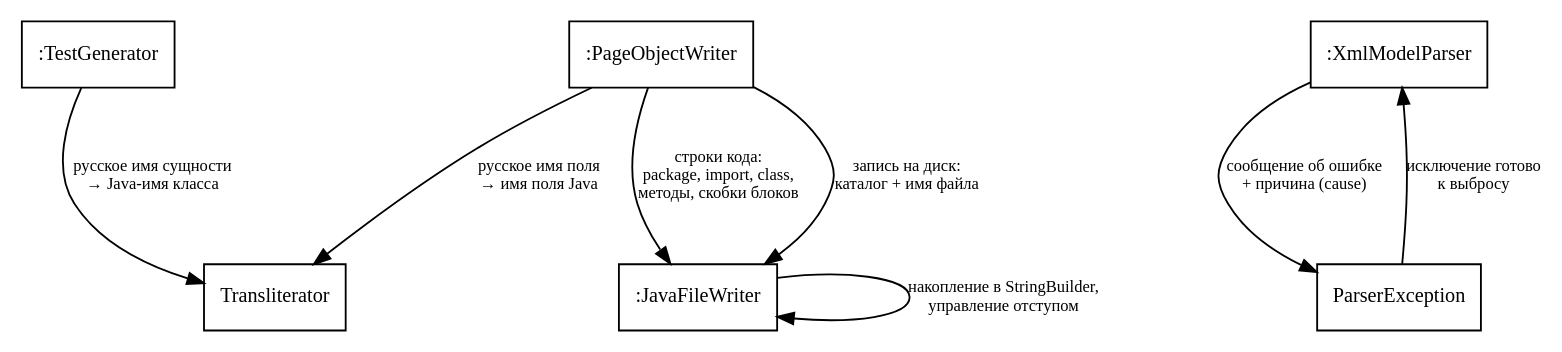
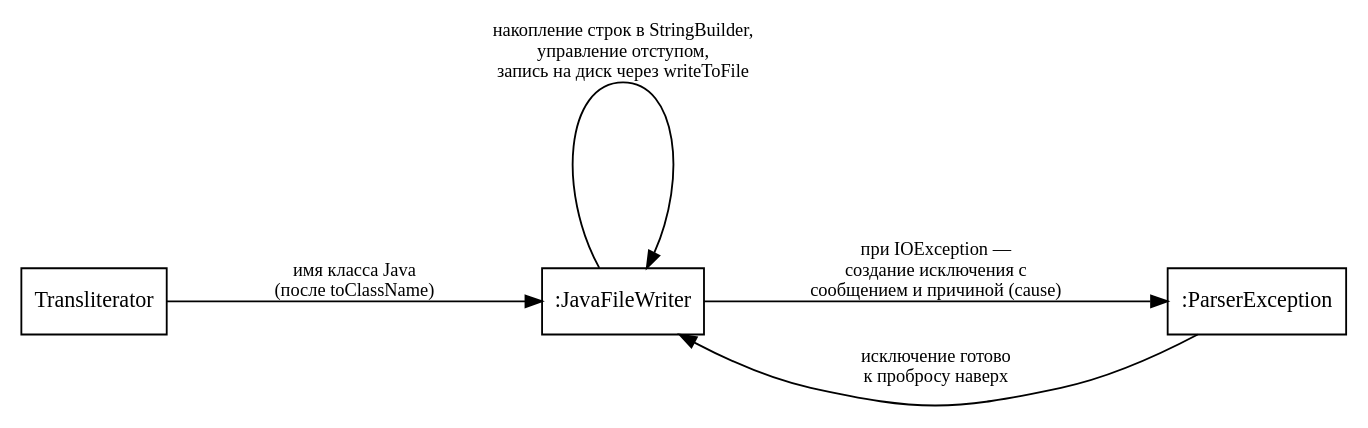
The diagram in diagrams/coop_common.dot (nastolbov/AutoTestGeneratorUpdate), drawn with Graphviz before and after one commit. The commit also changed 1 other file, not shown here.

Commit message:
coop-common: только 3 класса common, без внешних
Диаграмма кооперации согласована с тремя ДПС (нормальный /
прерывание пользователем / системное):
  • Transliterator → :JavaFileWriter — имя Java-класса
    (результат toClassName) подаётся для openBlock
  • :JavaFileWriter → :JavaFileWriter — накопление строк в
    StringBuilder, управление отступом, writeToFile на диск
  • :JavaFileWriter → :ParserException — при IOException
    создаётся исключение с сообщением и причиной
  • :ParserException → :JavaFileWriter — исключение готово
    к пробросу наверх

Убраны внешние классы (TestGenerator, PageObjectWriter,
XmlModelParser). Стиль ч/б, Liberation Serif.

https://claude.ai/code/session_01WPz1fK92QEsvtXEfVLPRQp

```diff
--- a/diagrams/coop_common.dot
+++ b/diagrams/coop_common.dot
@@ -1,21 +1,16 @@
 digraph CoopCommon {
-    rankdir=TB; fontname="Liberation Serif";
-    nodesep=1.0; ranksep=0.9;
-    node [fontname="Liberation Serif", fontsize=11, shape=box, style=filled, fillcolor=white];
-    edge [color=black, fontname="Liberation Serif", fontsize=9, arrowsize=0.9];
+    rankdir=LR; fontname="Liberation Serif";
+    nodesep=1.4; ranksep=1.6;
+    splines=true;
+    node [fontname="Liberation Serif", fontsize=12, shape=box, style=filled, fillcolor=white];
+    edge [color=black, fontname="Liberation Serif", fontsize=10, arrowsize=0.9];
 
-    Gen [label=":TestGenerator"];
-    POW [label=":PageObjectWriter"];
-    JW  [label=":JavaFileWriter"];
-    T   [label="Transliterator"];
-    XMP [label=":XmlModelParser"];
-    PE  [label="ParserException"];
+    T  [label="Transliterator"];
+    JW [label=":JavaFileWriter"];
+    PE [label=":ParserException"];
 
-    Gen -> T   [label="русское имя сущности\n→ Java-имя класса"];
-    POW -> T   [label="русское имя поля\n→ имя поля Java"];
-    POW -> JW  [label="строки кода:\npackage, import, class,\nметоды, скобки блоков"];
-    JW  -> JW  [label="накопление в StringBuilder,\nуправление отступом"];
-    POW -> JW  [label="запись на диск:\nкаталог + имя файла"];
-    XMP -> PE  [label="сообщение об ошибке\n+ причина (cause)"];
-    PE  -> XMP [label="исключение готово\nк выбросу"];
+    T  -> JW [label="имя класса Java\n(после toClassName)"];
+    JW -> JW [label="накопление строк в StringBuilder,\nуправление отступом,\nзапись на диск через writeToFile"];
+    JW -> PE [label="при IOException —\nсоздание исключения с\nсообщением и причиной (cause)"];
+    PE -> JW [label="исключение готово\nк пробросу наверх"];
 }
```
